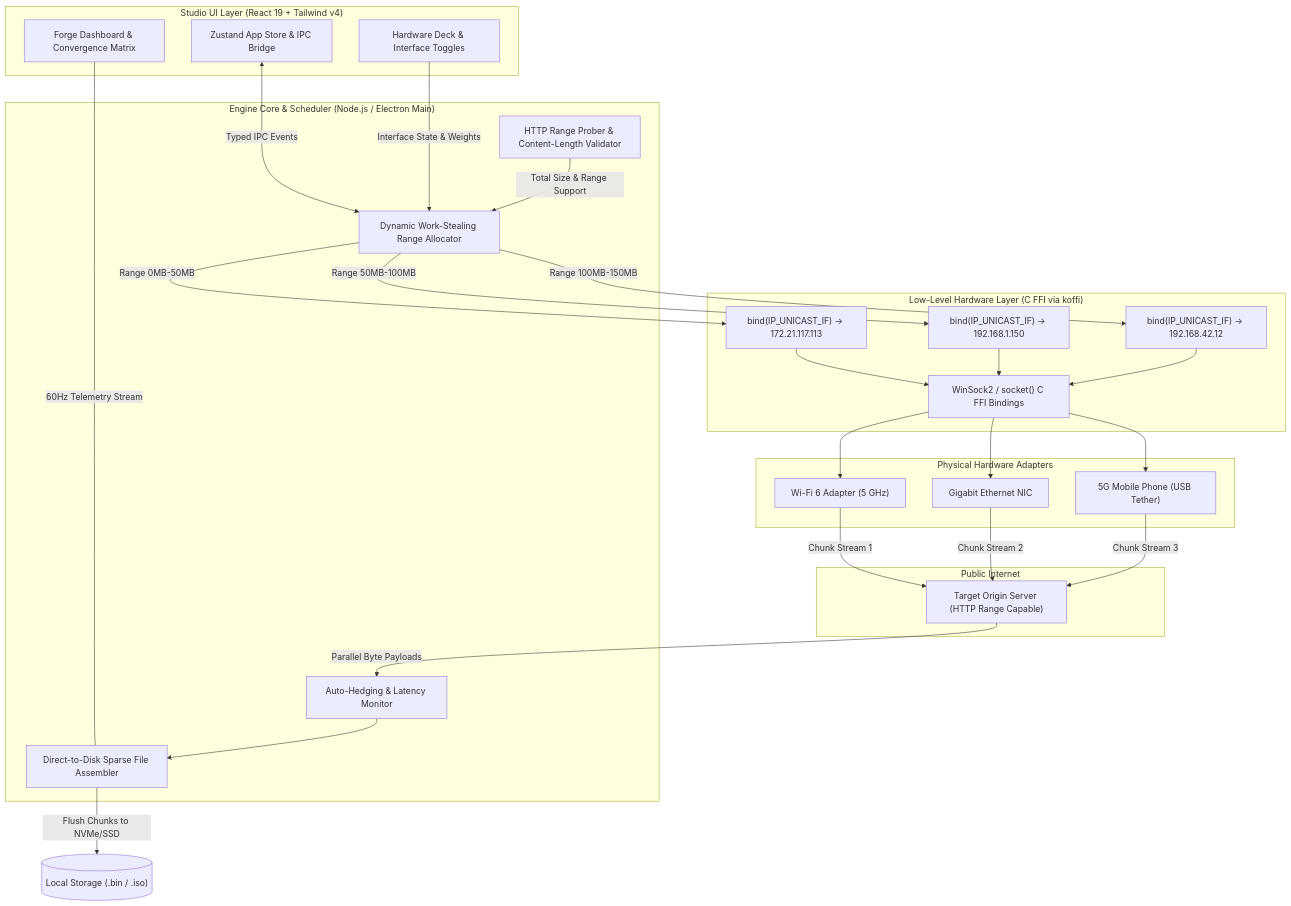
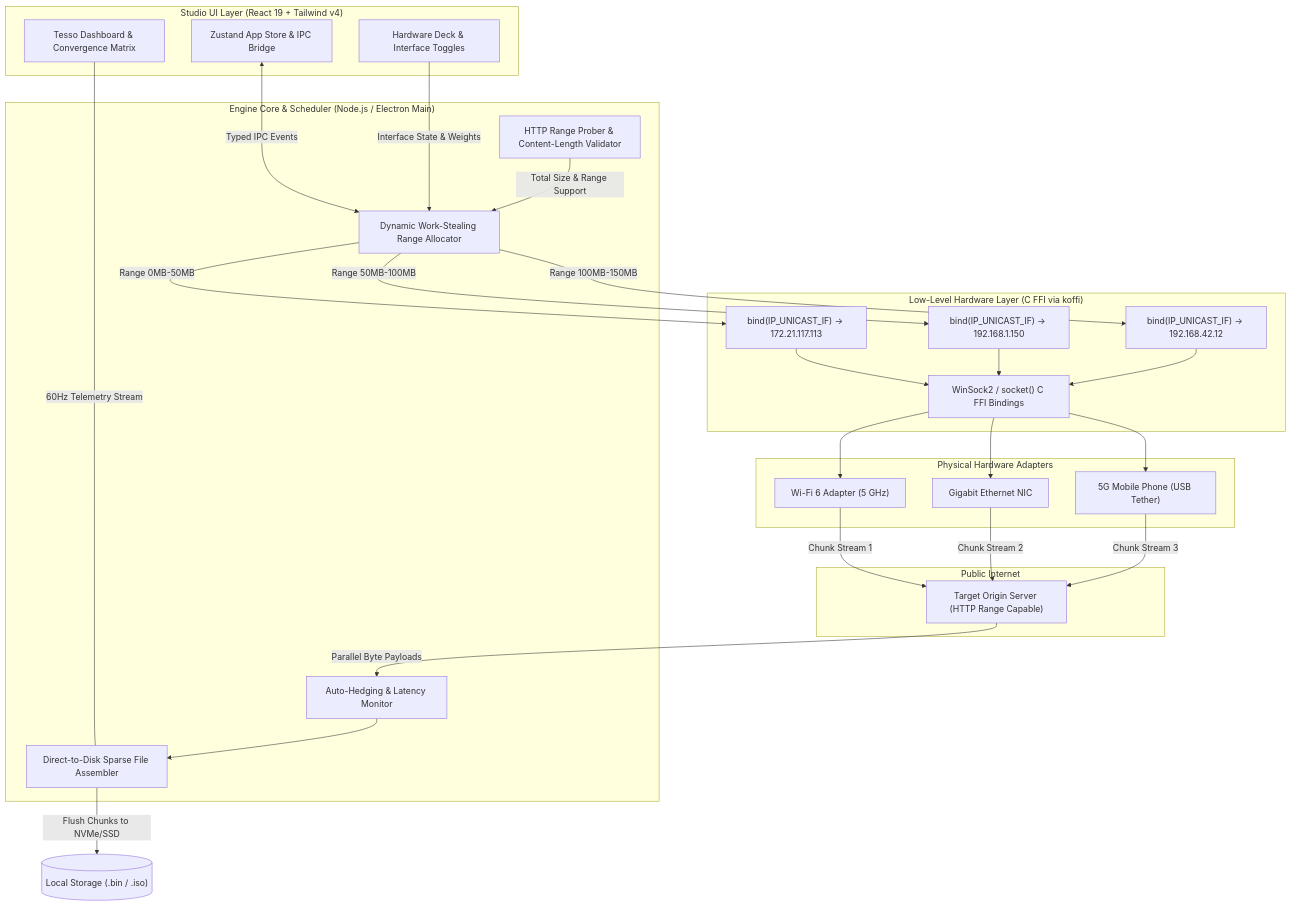
The diagram in README.md (dhairya-404/BandForge), drawn with Mermaid before and after one commit. The commit also changed other lines of this file and 20 other files, not shown here.

````diff
--- a/README.md
+++ b/README.md
@@ -52,57 +52,57 @@
 ```mermaid
 flowchart TD
     subgraph UI ["Studio UI Layer (React 19 + Tailwind v4)"]
-        UI_Dash["Forge Dashboard & Convergence Matrix"]
+        UI_Dash["Tesso Dashboard & Convergence Matrix"]
         UI_Deck["Hardware Deck & Interface Toggles"]
         UI_Store["Zustand App Store & IPC Bridge"]
     end
 
     subgraph Core ["Engine Core & Scheduler (Node.js / Electron Main)"]
         Probe["HTTP Range Prober & Content-Length Validator"]
         Scheduler["Dynamic Work-Stealing Range Allocator"]
         Failover["Auto-Hedging & Latency Monitor"]
         DiskWriter["Direct-to-Disk Sparse File Assembler"]
     end
 
     subgraph Native ["Low-Level Hardware Layer (C FFI via koffi)"]
         WinSock["WinSock2 / socket() C FFI Bindings"]
         Bind_WiFi["bind(IP_UNICAST_IF) -> 172.21.117.113"]
         Bind_Eth["bind(IP_UNICAST_IF) -> 192.168.1.150"]
         Bind_USB["bind(IP_UNICAST_IF) -> 192.168.42.12"]
     end
 
     subgraph Physical ["Physical Hardware Adapters"]
         Adapter_WiFi["Wi-Fi 6 Adapter (5 GHz)"]
         Adapter_Eth["Gigabit Ethernet NIC"]
         Adapter_USB["5G Mobile Phone (USB Tether)"]
     end
 
     subgraph Remote ["Public Internet"]
         Web_Server["Target Origin Server (HTTP Range Capable)"]
     end
 
     UI_Store <--> |Typed IPC Events| Scheduler
     UI_Dash <--- |60Hz Telemetry Stream| DiskWriter
     UI_Deck ---> |Interface State & Weights| Scheduler
 
     Probe --> |Total Size & Range Support| Scheduler
     Scheduler --> |Range 0MB-50MB| Bind_WiFi
     Scheduler --> |Range 50MB-100MB| Bind_Eth
     Scheduler --> |Range 100MB-150MB| Bind_USB
 
     Bind_WiFi --> WinSock
     Bind_Eth --> WinSock
     Bind_USB --> WinSock
 
     WinSock --> Adapter_WiFi
     WinSock --> Adapter_Eth
     WinSock --> Adapter_USB
 
     Adapter_WiFi --> |Chunk Stream 1| Web_Server
     Adapter_Eth --> |Chunk Stream 2| Web_Server
     Adapter_USB --> |Chunk Stream 3| Web_Server
 
     Web_Server --> |Parallel Byte Payloads| Failover
     Failover --> DiskWriter
     DiskWriter --> |Flush Chunks to NVMe/SSD| Local_Disk[("Local Storage (.bin / .iso)")]
 ```
````
